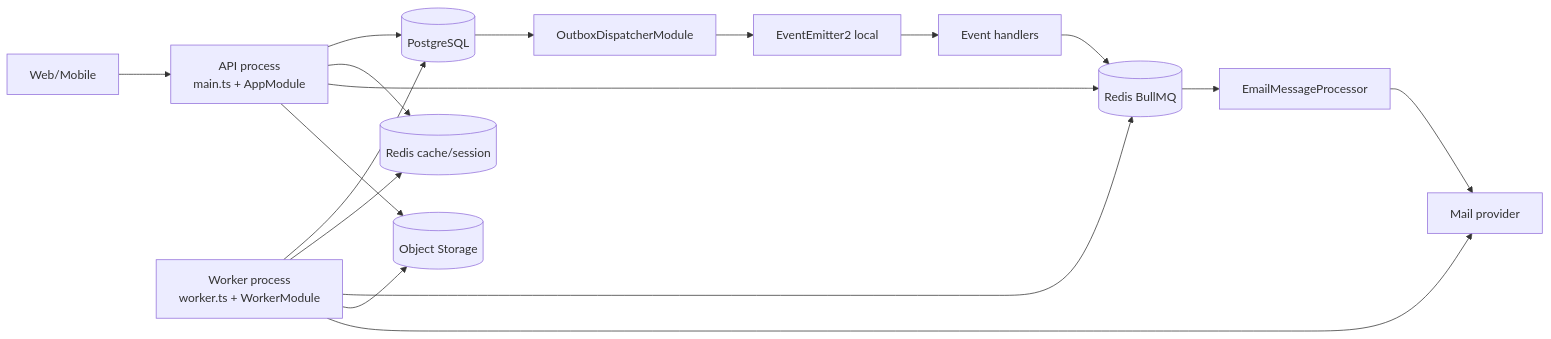
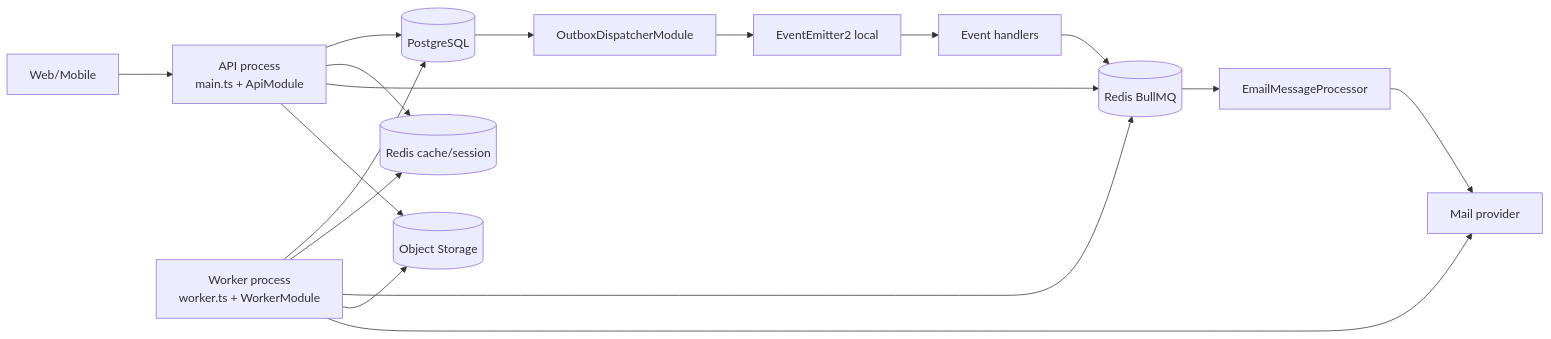
Before and after one commit to danzSTK/personal-finance-backend: the first of 2 diagrams in docs/specs/platform/api-worker-separation/specs/design.md, drawn with Mermaid. The commit also changed other lines of this file and 24 other files, not shown here.

````diff
--- a/docs/specs/platform/api-worker-separation/specs/design.md
+++ b/docs/specs/platform/api-worker-separation/specs/design.md
@@ -35,22 +35,22 @@
 ```mermaid
 flowchart LR
-  Client[Web/Mobile] --> Api[API process\nmain.ts + AppModule]
+  Client[Web/Mobile] --> Api[API process\nmain.ts + ApiModule]
 
   Api --> Pg[(PostgreSQL)]
   Api --> Cache[(Redis cache/session)]
   Api --> Queue[(Redis BullMQ)]
   Api --> Storage[(Object Storage)]
 
   Worker[Worker process\nworker.ts + WorkerModule] --> Pg
   Worker --> Cache
   Worker --> Queue
   Worker --> Storage
   Worker --> Mail[Mail provider]
 
   Pg --> Outbox[OutboxDispatcherModule]
   Outbox --> Bus[EventEmitter2 local]
   Bus --> Consumers[Event handlers]
   Consumers --> Queue
   Queue --> EmailProcessor[EmailMessageProcessor]
   EmailProcessor --> Mail
 ```
````
